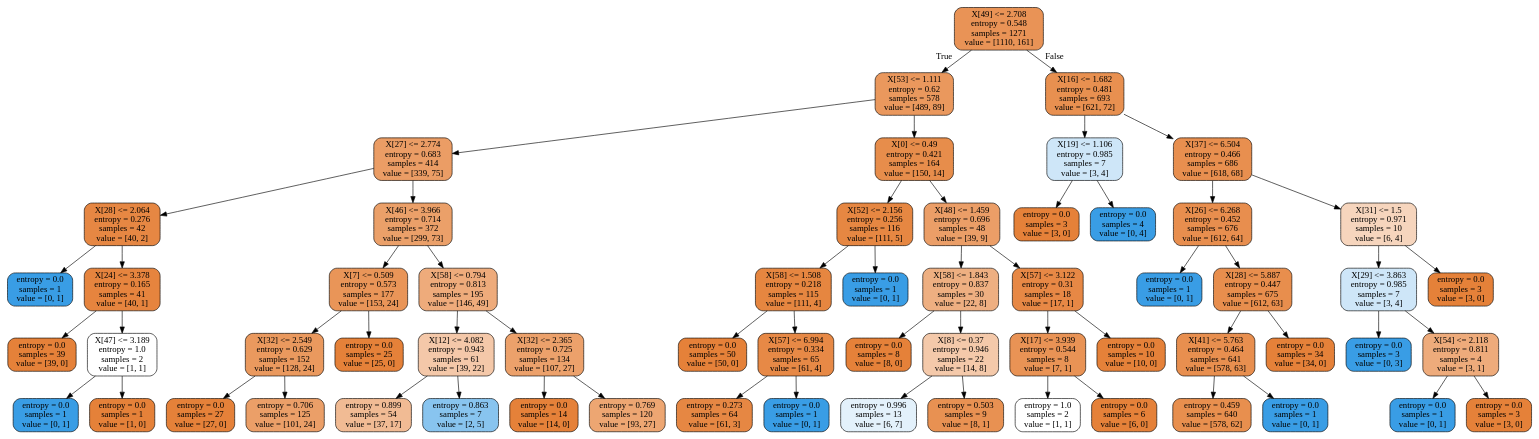
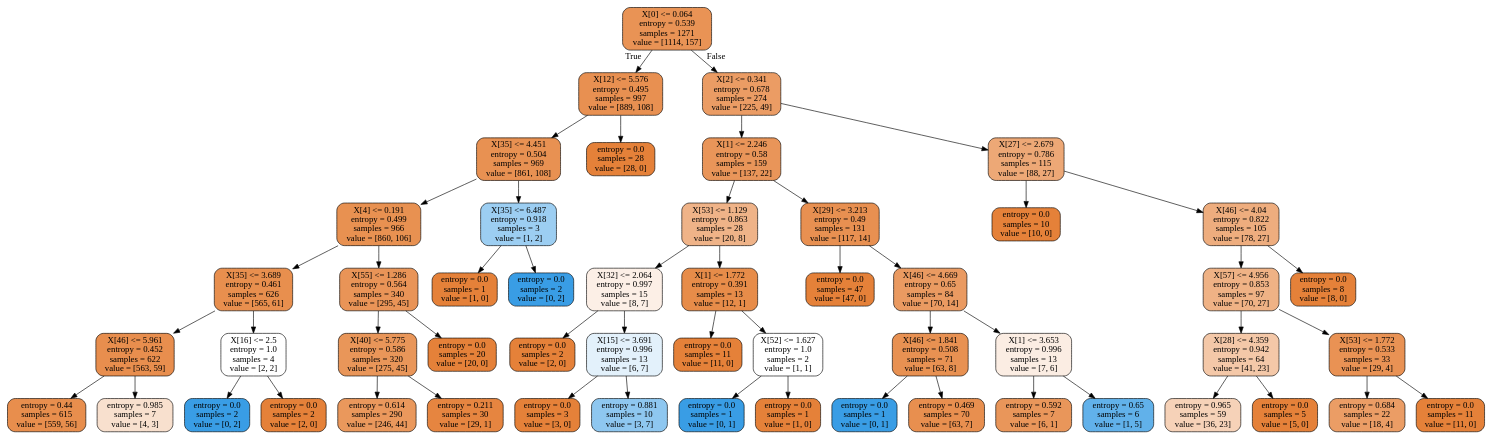
One commit to ptg666/shujuwajue changed the diagram in tree.dot. Above: the diagram before and after it, drawn with Graphviz. The commit also changed 19 other files, not shown here.

```diff
--- a/tree.dot
+++ b/tree.dot
@@ -1,125 +1,109 @@
 digraph Tree {
 node [shape=box, style="filled, rounded", color="black", fontname="Microsoft YaHei"] ;
 edge [fontname="Microsoft YaHei"] ;
-0 [label="X[49] <= 2.708\nentropy = 0.548\nsamples = 1271\nvalue = [1110, 161]", fillcolor="#e99356"] ;
-1 [label="X[53] <= 1.111\nentropy = 0.62\nsamples = 578\nvalue = [489, 89]", fillcolor="#ea985d"] ;
+0 [label="X[0] <= 0.064\nentropy = 0.539\nsamples = 1271\nvalue = [1114, 157]", fillcolor="#e99355"] ;
+1 [label="X[12] <= 5.576\nentropy = 0.495\nsamples = 997\nvalue = [889, 108]", fillcolor="#e89051"] ;
 0 -> 1 [labeldistance=2.5, labelangle=45, headlabel="True"] ;
-2 [label="X[27] <= 2.774\nentropy = 0.683\nsamples = 414\nvalue = [339, 75]", fillcolor="#eb9d65"] ;
+2 [label="X[35] <= 4.451\nentropy = 0.504\nsamples = 969\nvalue = [861, 108]", fillcolor="#e89152"] ;
 1 -> 2 ;
-3 [label="X[28] <= 2.064\nentropy = 0.276\nsamples = 42\nvalue = [40, 2]", fillcolor="#e68743"] ;
+3 [label="X[4] <= 0.191\nentropy = 0.499\nsamples = 966\nvalue = [860, 106]", fillcolor="#e89151"] ;
 2 -> 3 ;
-4 [label="entropy = 0.0\nsamples = 1\nvalue = [0, 1]", fillcolor="#399de5"] ;
+4 [label="X[35] <= 3.689\nentropy = 0.461\nsamples = 626\nvalue = [565, 61]", fillcolor="#e88f4e"] ;
 3 -> 4 ;
-5 [label="X[24] <= 3.378\nentropy = 0.165\nsamples = 41\nvalue = [40, 1]", fillcolor="#e6843e"] ;
-3 -> 5 ;
-6 [label="entropy = 0.0\nsamples = 39\nvalue = [39, 0]", fillcolor="#e58139"] ;
+5 [label="X[46] <= 5.961\nentropy = 0.452\nsamples = 622\nvalue = [563, 59]", fillcolor="#e88e4e"] ;
+4 -> 5 ;
+6 [label="entropy = 0.44\nsamples = 615\nvalue = [559, 56]", fillcolor="#e88e4d"] ;
 5 -> 6 ;
-7 [label="X[47] <= 3.189\nentropy = 1.0\nsamples = 2\nvalue = [1, 1]", fillcolor="#ffffff"] ;
+7 [label="entropy = 0.985\nsamples = 7\nvalue = [4, 3]", fillcolor="#f8e0ce"] ;
 5 -> 7 ;
-8 [label="entropy = 0.0\nsamples = 1\nvalue = [0, 1]", fillcolor="#399de5"] ;
-7 -> 8 ;
-9 [label="entropy = 0.0\nsamples = 1\nvalue = [1, 0]", fillcolor="#e58139"] ;
-7 -> 9 ;
-10 [label="X[46] <= 3.966\nentropy = 0.714\nsamples = 372\nvalue = [299, 73]", fillcolor="#eba069"] ;
-2 -> 10 ;
-11 [label="X[7] <= 0.509\nentropy = 0.573\nsamples = 177\nvalue = [153, 24]", fillcolor="#e99558"] ;
-10 -> 11 ;
-12 [label="X[32] <= 2.549\nentropy = 0.629\nsamples = 152\nvalue = [128, 24]", fillcolor="#ea995e"] ;
+8 [label="X[16] <= 2.5\nentropy = 1.0\nsamples = 4\nvalue = [2, 2]", fillcolor="#ffffff"] ;
+4 -> 8 ;
+9 [label="entropy = 0.0\nsamples = 2\nvalue = [0, 2]", fillcolor="#399de5"] ;
+8 -> 9 ;
+10 [label="entropy = 0.0\nsamples = 2\nvalue = [2, 0]", fillcolor="#e58139"] ;
+8 -> 10 ;
+11 [label="X[55] <= 1.286\nentropy = 0.564\nsamples = 340\nvalue = [295, 45]", fillcolor="#e99457"] ;
+3 -> 11 ;
+12 [label="X[40] <= 5.775\nentropy = 0.586\nsamples = 320\nvalue = [275, 45]", fillcolor="#e99659"] ;
 11 -> 12 ;
-13 [label="entropy = 0.0\nsamples = 27\nvalue = [27, 0]", fillcolor="#e58139"] ;
+13 [label="entropy = 0.614\nsamples = 290\nvalue = [246, 44]", fillcolor="#ea985c"] ;
 12 -> 13 ;
-14 [label="entropy = 0.706\nsamples = 125\nvalue = [101, 24]", fillcolor="#eb9f68"] ;
+14 [label="entropy = 0.211\nsamples = 30\nvalue = [29, 1]", fillcolor="#e68540"] ;
 12 -> 14 ;
-15 [label="entropy = 0.0\nsamples = 25\nvalue = [25, 0]", fillcolor="#e58139"] ;
+15 [label="entropy = 0.0\nsamples = 20\nvalue = [20, 0]", fillcolor="#e58139"] ;
 11 -> 15 ;
-16 [label="X[58] <= 0.794\nentropy = 0.813\nsamples = 195\nvalue = [146, 49]", fillcolor="#eeab7b"] ;
-10 -> 16 ;
-17 [label="X[12] <= 4.082\nentropy = 0.943\nsamples = 61\nvalue = [39, 22]", fillcolor="#f4c8a9"] ;
+16 [label="X[35] <= 6.487\nentropy = 0.918\nsamples = 3\nvalue = [1, 2]", fillcolor="#9ccef2"] ;
+2 -> 16 ;
+17 [label="entropy = 0.0\nsamples = 1\nvalue = [1, 0]", fillcolor="#e58139"] ;
 16 -> 17 ;
-18 [label="entropy = 0.899\nsamples = 54\nvalue = [37, 17]", fillcolor="#f1bb94"] ;
-17 -> 18 ;
-19 [label="entropy = 0.863\nsamples = 7\nvalue = [2, 5]", fillcolor="#88c4ef"] ;
-17 -> 19 ;
-20 [label="X[32] <= 2.365\nentropy = 0.725\nsamples = 134\nvalue = [107, 27]", fillcolor="#eca16b"] ;
-16 -> 20 ;
-21 [label="entropy = 0.0\nsamples = 14\nvalue = [14, 0]", fillcolor="#e58139"] ;
+18 [label="entropy = 0.0\nsamples = 2\nvalue = [0, 2]", fillcolor="#399de5"] ;
+16 -> 18 ;
+19 [label="entropy = 0.0\nsamples = 28\nvalue = [28, 0]", fillcolor="#e58139"] ;
+1 -> 19 ;
+20 [label="X[2] <= 0.341\nentropy = 0.678\nsamples = 274\nvalue = [225, 49]", fillcolor="#eb9c64"] ;
+0 -> 20 [labeldistance=2.5, labelangle=-45, headlabel="False"] ;
+21 [label="X[1] <= 2.246\nentropy = 0.58\nsamples = 159\nvalue = [137, 22]", fillcolor="#e99559"] ;
 20 -> 21 ;
-22 [label="entropy = 0.769\nsamples = 120\nvalue = [93, 27]", fillcolor="#eda672"] ;
-20 -> 22 ;
-23 [label="X[0] <= 0.49\nentropy = 0.421\nsamples = 164\nvalue = [150, 14]", fillcolor="#e78d4b"] ;
-1 -> 23 ;
-24 [label="X[52] <= 2.156\nentropy = 0.256\nsamples = 116\nvalue = [111, 5]", fillcolor="#e68742"] ;
+22 [label="X[53] <= 1.129\nentropy = 0.863\nsamples = 28\nvalue = [20, 8]", fillcolor="#efb388"] ;
+21 -> 22 ;
+23 [label="X[32] <= 2.064\nentropy = 0.997\nsamples = 15\nvalue = [8, 7]", fillcolor="#fcefe6"] ;
+22 -> 23 ;
+24 [label="entropy = 0.0\nsamples = 2\nvalue = [2, 0]", fillcolor="#e58139"] ;
 23 -> 24 ;
-25 [label="X[58] <= 1.508\nentropy = 0.218\nsamples = 115\nvalue = [111, 4]", fillcolor="#e68640"] ;
-24 -> 25 ;
-26 [label="entropy = 0.0\nsamples = 50\nvalue = [50, 0]", fillcolor="#e58139"] ;
+25 [label="X[15] <= 3.691\nentropy = 0.996\nsamples = 13\nvalue = [6, 7]", fillcolor="#e3f1fb"] ;
+23 -> 25 ;
+26 [label="entropy = 0.0\nsamples = 3\nvalue = [3, 0]", fillcolor="#e58139"] ;
 25 -> 26 ;
-27 [label="X[57] <= 6.994\nentropy = 0.334\nsamples = 65\nvalue = [61, 4]", fillcolor="#e78946"] ;
+27 [label="entropy = 0.881\nsamples = 10\nvalue = [3, 7]", fillcolor="#8ec7f0"] ;
 25 -> 27 ;
-28 [label="entropy = 0.273\nsamples = 64\nvalue = [61, 3]", fillcolor="#e68743"] ;
-27 -> 28 ;
-29 [label="entropy = 0.0\nsamples = 1\nvalue = [0, 1]", fillcolor="#399de5"] ;
-27 -> 29 ;
-30 [label="entropy = 0.0\nsamples = 1\nvalue = [0, 1]", fillcolor="#399de5"] ;
-24 -> 30 ;
-31 [label="X[48] <= 1.459\nentropy = 0.696\nsamples = 48\nvalue = [39, 9]", fillcolor="#eb9e67"] ;
-23 -> 31 ;
-32 [label="X[58] <= 1.843\nentropy = 0.837\nsamples = 30\nvalue = [22, 8]", fillcolor="#eeaf81"] ;
-31 -> 32 ;
-33 [label="entropy = 0.0\nsamples = 8\nvalue = [8, 0]", fillcolor="#e58139"] ;
-32 -> 33 ;
-34 [label="X[8] <= 0.37\nentropy = 0.946\nsamples = 22\nvalue = [14, 8]", fillcolor="#f4c9aa"] ;
-32 -> 34 ;
-35 [label="entropy = 0.996\nsamples = 13\nvalue = [6, 7]", fillcolor="#e3f1fb"] ;
-34 -> 35 ;
-36 [label="entropy = 0.503\nsamples = 9\nvalue = [8, 1]", fillcolor="#e89152"] ;
-34 -> 36 ;
-37 [label="X[57] <= 3.122\nentropy = 0.31\nsamples = 18\nvalue = [17, 1]", fillcolor="#e78845"] ;
-31 -> 37 ;
-38 [label="X[17] <= 3.939\nentropy = 0.544\nsamples = 8\nvalue = [7, 1]", fillcolor="#e99355"] ;
-37 -> 38 ;
-39 [label="entropy = 1.0\nsamples = 2\nvalue = [1, 1]", fillcolor="#ffffff"] ;
-38 -> 39 ;
-40 [label="entropy = 0.0\nsamples = 6\nvalue = [6, 0]", fillcolor="#e58139"] ;
-38 -> 40 ;
-41 [label="entropy = 0.0\nsamples = 10\nvalue = [10, 0]", fillcolor="#e58139"] ;
-37 -> 41 ;
-42 [label="X[16] <= 1.682\nentropy = 0.481\nsamples = 693\nvalue = [621, 72]", fillcolor="#e89050"] ;
-0 -> 42 [labeldistance=2.5, labelangle=-45, headlabel="False"] ;
-43 [label="X[19] <= 1.106\nentropy = 0.985\nsamples = 7\nvalue = [3, 4]", fillcolor="#cee6f8"] ;
+28 [label="X[1] <= 1.772\nentropy = 0.391\nsamples = 13\nvalue = [12, 1]", fillcolor="#e78c49"] ;
+22 -> 28 ;
+29 [label="entropy = 0.0\nsamples = 11\nvalue = [11, 0]", fillcolor="#e58139"] ;
+28 -> 29 ;
+30 [label="X[52] <= 1.627\nentropy = 1.0\nsamples = 2\nvalue = [1, 1]", fillcolor="#ffffff"] ;
+28 -> 30 ;
+31 [label="entropy = 0.0\nsamples = 1\nvalue = [0, 1]", fillcolor="#399de5"] ;
+30 -> 31 ;
+32 [label="entropy = 0.0\nsamples = 1\nvalue = [1, 0]", fillcolor="#e58139"] ;
+30 -> 32 ;
+33 [label="X[29] <= 3.213\nentropy = 0.49\nsamples = 131\nvalue = [117, 14]", fillcolor="#e89051"] ;
+21 -> 33 ;
+34 [label="entropy = 0.0\nsamples = 47\nvalue = [47, 0]", fillcolor="#e58139"] ;
+33 -> 34 ;
+35 [label="X[46] <= 4.669\nentropy = 0.65\nsamples = 84\nvalue = [70, 14]", fillcolor="#ea9a61"] ;
+33 -> 35 ;
+36 [label="X[46] <= 1.841\nentropy = 0.508\nsamples = 71\nvalue = [63, 8]", fillcolor="#e89152"] ;
+35 -> 36 ;
+37 [label="entropy = 0.0\nsamples = 1\nvalue = [0, 1]", fillcolor="#399de5"] ;
+36 -> 37 ;
+38 [label="entropy = 0.469\nsamples = 70\nvalue = [63, 7]", fillcolor="#e88f4f"] ;
+36 -> 38 ;
+39 [label="X[1] <= 3.653\nentropy = 0.996\nsamples = 13\nvalue = [7, 6]", fillcolor="#fbede3"] ;
+35 -> 39 ;
+40 [label="entropy = 0.592\nsamples = 7\nvalue = [6, 1]", fillcolor="#e9965a"] ;
+39 -> 40 ;
+41 [label="entropy = 0.65\nsamples = 6\nvalue = [1, 5]", fillcolor="#61b1ea"] ;
+39 -> 41 ;
+42 [label="X[27] <= 2.679\nentropy = 0.786\nsamples = 115\nvalue = [88, 27]", fillcolor="#eda876"] ;
+20 -> 42 ;
+43 [label="entropy = 0.0\nsamples = 10\nvalue = [10, 0]", fillcolor="#e58139"] ;
 42 -> 43 ;
-44 [label="entropy = 0.0\nsamples = 3\nvalue = [3, 0]", fillcolor="#e58139"] ;
-43 -> 44 ;
-45 [label="entropy = 0.0\nsamples = 4\nvalue = [0, 4]", fillcolor="#399de5"] ;
-43 -> 45 ;
-46 [label="X[37] <= 6.504\nentropy = 0.466\nsamples = 686\nvalue = [618, 68]", fillcolor="#e88f4f"] ;
-42 -> 46 ;
-47 [label="X[26] <= 6.268\nentropy = 0.452\nsamples = 676\nvalue = [612, 64]", fillcolor="#e88e4e"] ;
+44 [label="X[46] <= 4.04\nentropy = 0.822\nsamples = 105\nvalue = [78, 27]", fillcolor="#eead7e"] ;
+42 -> 44 ;
+45 [label="X[57] <= 4.956\nentropy = 0.853\nsamples = 97\nvalue = [70, 27]", fillcolor="#efb285"] ;
+44 -> 45 ;
+46 [label="X[28] <= 4.359\nentropy = 0.942\nsamples = 64\nvalue = [41, 23]", fillcolor="#f4c8a8"] ;
+45 -> 46 ;
+47 [label="entropy = 0.965\nsamples = 59\nvalue = [36, 23]", fillcolor="#f6d2b8"] ;
 46 -> 47 ;
-48 [label="entropy = 0.0\nsamples = 1\nvalue = [0, 1]", fillcolor="#399de5"] ;
-47 -> 48 ;
-49 [label="X[28] <= 5.887\nentropy = 0.447\nsamples = 675\nvalue = [612, 63]", fillcolor="#e88e4d"] ;
-47 -> 49 ;
-50 [label="X[41] <= 5.763\nentropy = 0.464\nsamples = 641\nvalue = [578, 63]", fillcolor="#e88f4f"] ;
+48 [label="entropy = 0.0\nsamples = 5\nvalue = [5, 0]", fillcolor="#e58139"] ;
+46 -> 48 ;
+49 [label="X[53] <= 1.772\nentropy = 0.533\nsamples = 33\nvalue = [29, 4]", fillcolor="#e99254"] ;
+45 -> 49 ;
+50 [label="entropy = 0.684\nsamples = 22\nvalue = [18, 4]", fillcolor="#eb9d65"] ;
 49 -> 50 ;
-51 [label="entropy = 0.459\nsamples = 640\nvalue = [578, 62]", fillcolor="#e88f4e"] ;
-50 -> 51 ;
-52 [label="entropy = 0.0\nsamples = 1\nvalue = [0, 1]", fillcolor="#399de5"] ;
-50 -> 52 ;
-53 [label="entropy = 0.0\nsamples = 34\nvalue = [34, 0]", fillcolor="#e58139"] ;
-49 -> 53 ;
-54 [label="X[31] <= 1.5\nentropy = 0.971\nsamples = 10\nvalue = [6, 4]", fillcolor="#f6d5bd"] ;
-46 -> 54 ;
-55 [label="X[29] <= 3.863\nentropy = 0.985\nsamples = 7\nvalue = [3, 4]", fillcolor="#cee6f8"] ;
-54 -> 55 ;
-56 [label="entropy = 0.0\nsamples = 3\nvalue = [0, 3]", fillcolor="#399de5"] ;
-55 -> 56 ;
-57 [label="X[54] <= 2.118\nentropy = 0.811\nsamples = 4\nvalue = [3, 1]", fillcolor="#eeab7b"] ;
-55 -> 57 ;
-58 [label="entropy = 0.0\nsamples = 1\nvalue = [0, 1]", fillcolor="#399de5"] ;
-57 -> 58 ;
-59 [label="entropy = 0.0\nsamples = 3\nvalue = [3, 0]", fillcolor="#e58139"] ;
-57 -> 59 ;
-60 [label="entropy = 0.0\nsamples = 3\nvalue = [3, 0]", fillcolor="#e58139"] ;
-54 -> 60 ;
+51 [label="entropy = 0.0\nsamples = 11\nvalue = [11, 0]", fillcolor="#e58139"] ;
+49 -> 51 ;
+52 [label="entropy = 0.0\nsamples = 8\nvalue = [8, 0]", fillcolor="#e58139"] ;
+44 -> 52 ;
 }
```
